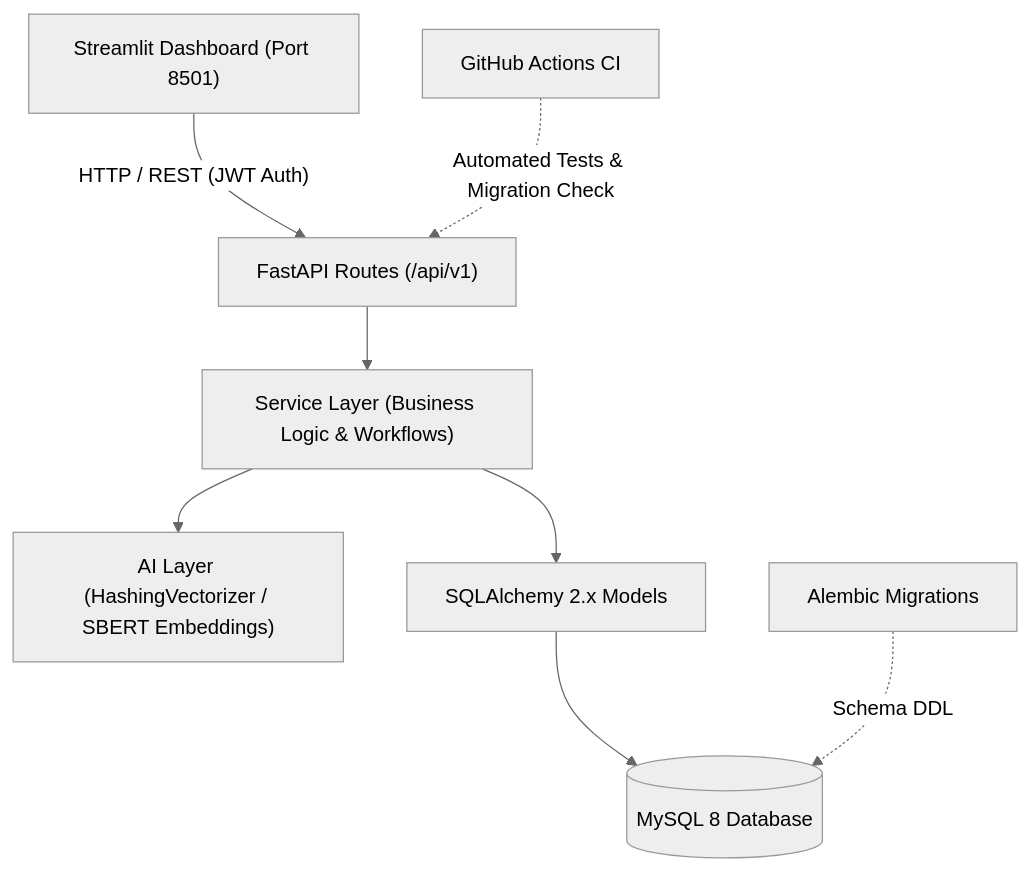
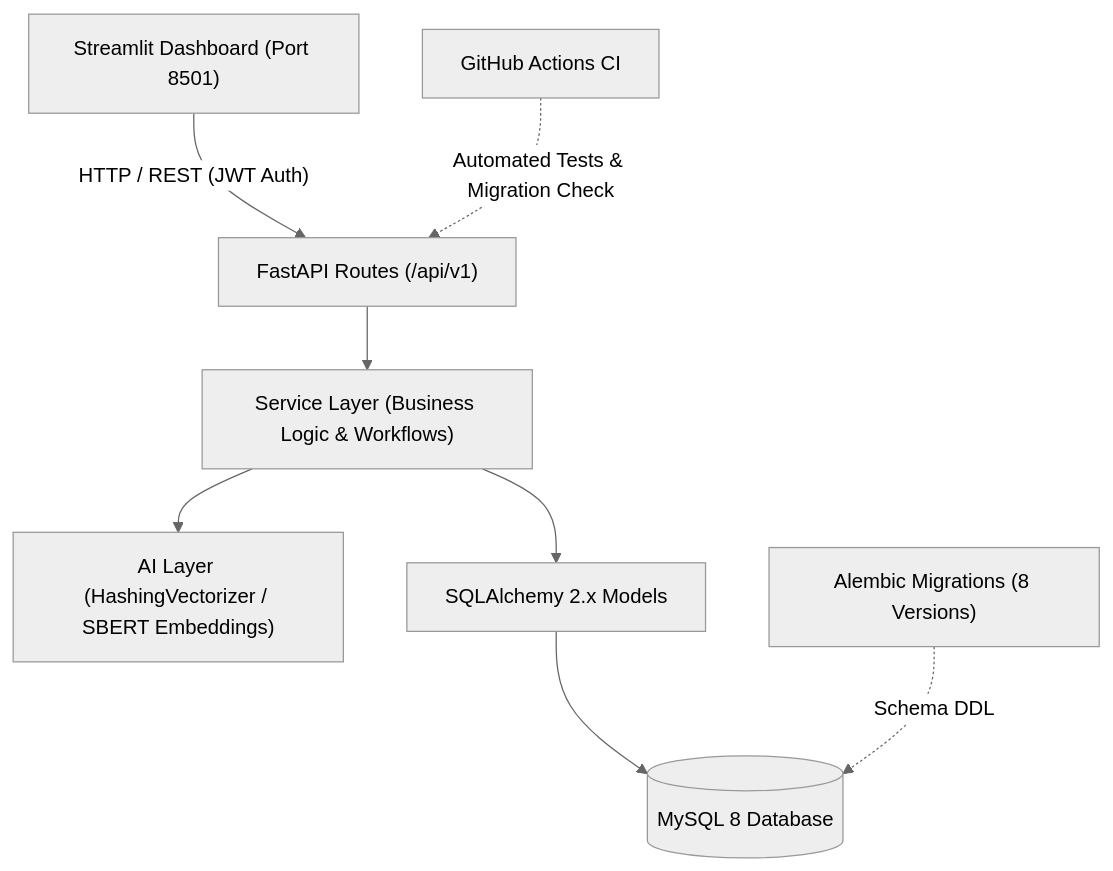
Before and after one commit to pasupunuri-pragnitha/HelpDesk-API: the first of 3 diagrams in README.md, drawn with Mermaid (neutral theme). The commit also changed other lines of this file and 3 other files, not shown here.

````diff
--- a/README.md
+++ b/README.md
@@ -53,10 +73,10 @@
 ```mermaid
 flowchart TD
     Client["Streamlit Dashboard (Port 8501)"] -->|"HTTP / REST (JWT Auth)"| Routes["FastAPI Routes (/api/v1)"]
     Routes --> Services["Service Layer (Business Logic & Workflows)"]
     Services --> AI["AI Layer (HashingVectorizer / SBERT Embeddings)"]
     Services --> Models["SQLAlchemy 2.x Models"]
     Models --> DB[("MySQL 8 Database")]
-    Alembic["Alembic Migrations"] -.->|"Schema DDL"| DB
+    Alembic["Alembic Migrations (8 Versions)"] -.->|"Schema DDL"| DB
     CI["GitHub Actions CI"] -.->|"Automated Tests & Migration Check"| Routes
 ```
````
